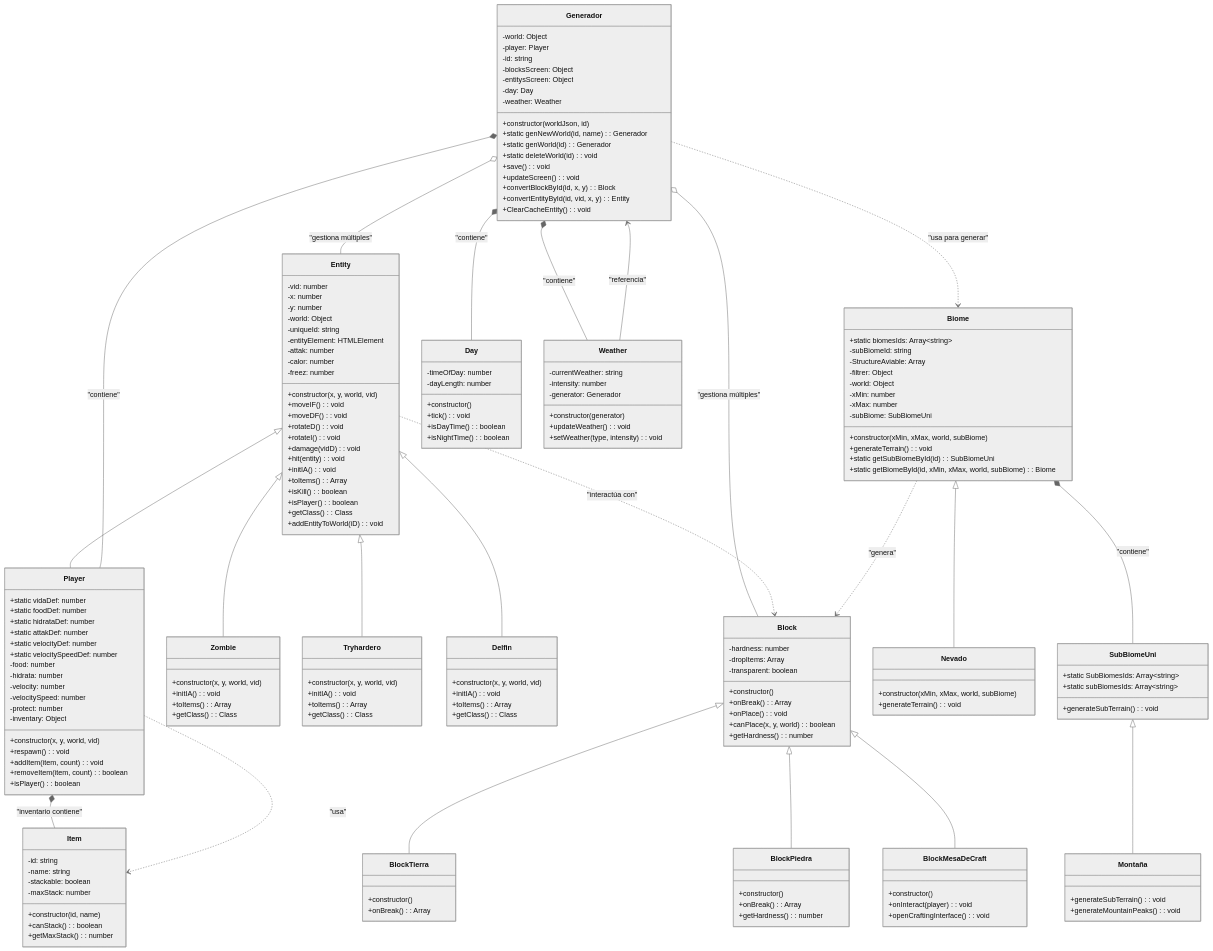
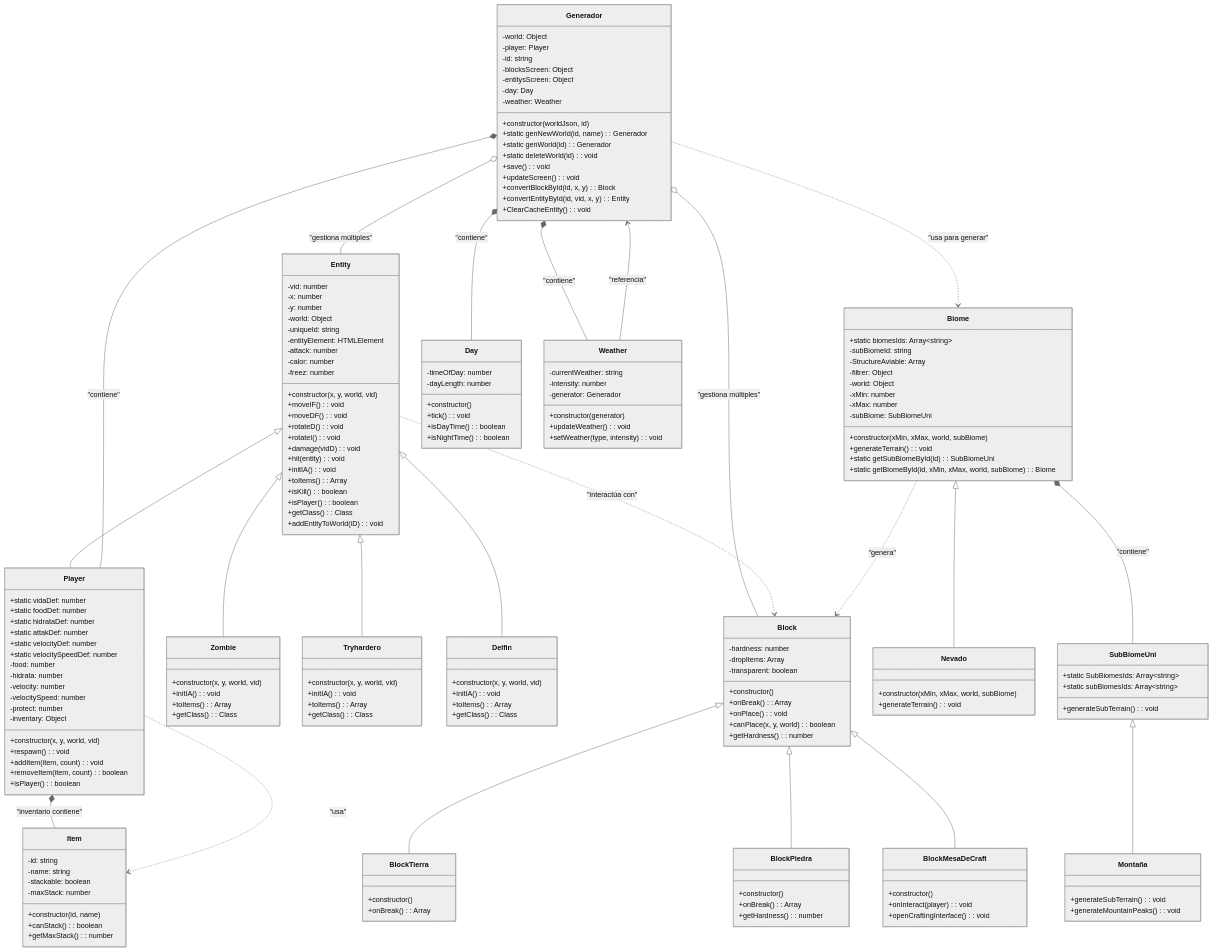
The diagram in docs/c4-diagrams/04-code.md (Creadores-Program/CreadorCraft-Classic), drawn with Mermaid (neutral theme) before and after one commit.

Commit message:
Apply suggestion from @Copilot

```diff
--- a/docs/c4-diagrams/04-code.md
+++ b/docs/c4-diagrams/04-code.md
@@ -13,7 +13,7 @@
         -world: Object
         -uniqueId: string
         -entityElement: HTMLElement
-        -attak: number
+        -attack: number
         -calor: number
         -freez: number
         
```
